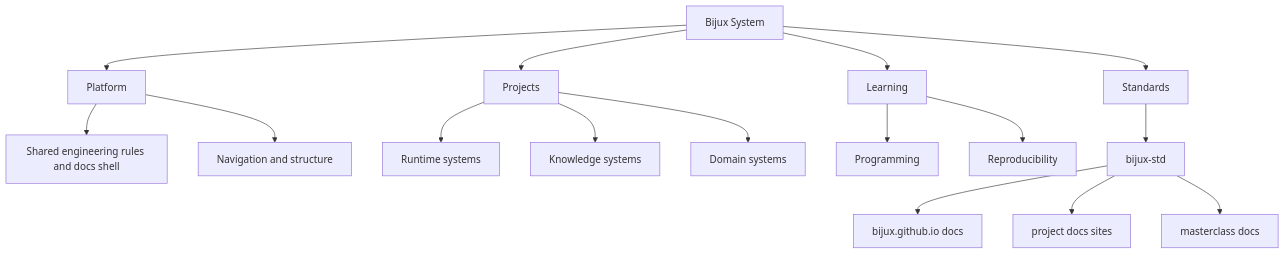
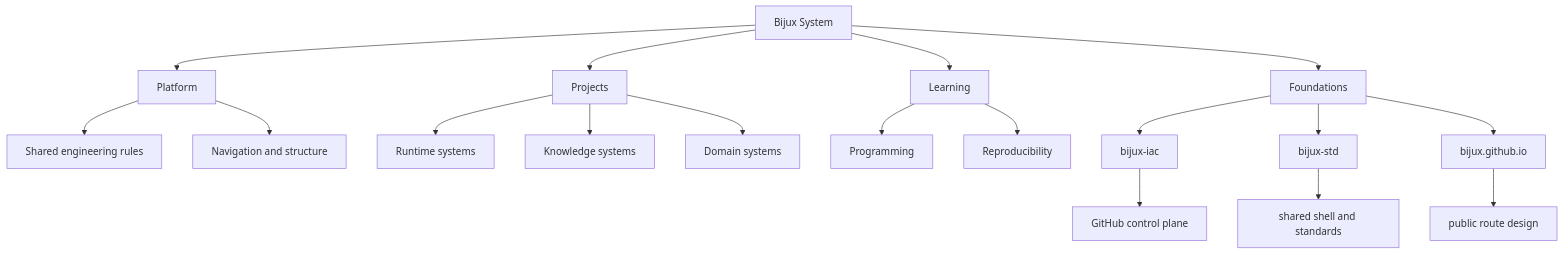
One commit to bijux/bijux.github.io changed the diagram in docs/01-platform/system-map/index.md. Above: the diagram before and after it, drawn with Mermaid. The commit also changed other lines of this file and 1 other file, not shown here.

Commit message:
docs(platform): complete the repository ownership map

````diff
--- a/docs/01-platform/system-map/index.md
+++ b/docs/01-platform/system-map/index.md
@@ -31,22 +31,25 @@
 ```mermaid
 graph TD
     system["Bijux System"] --> platform["Platform"]
     system --> projects["Projects"]
     system --> learning["Learning"]
-    system --> standards["Standards"]
+    system --> foundations["Foundations"]
 
-    platform --> principles["Shared engineering rules and docs shell"]
+    platform --> principles["Shared engineering rules"]
     platform --> structure["Navigation and structure"]
 
     projects --> runtime["Runtime systems"]
     projects --> knowledge["Knowledge systems"]
     projects --> domain["Domain systems"]
 
     learning --> programming["Programming"]
     learning --> reproducibility["Reproducibility"]
 
-    standards --> std["bijux-std"]
-    std --> hub["bijux.github.io docs"]
-    std --> project_docs["project docs sites"]
-    std --> masterclass_docs["masterclass docs"]
+    foundations --> iac["bijux-iac"]
+    foundations --> std["bijux-std"]
+    foundations --> hub["bijux.github.io"]
+
+    iac --> governance["GitHub control plane"]
+    std --> project_docs["shared shell and standards"]
+    hub --> orientation["public route design"]
 ```
````
